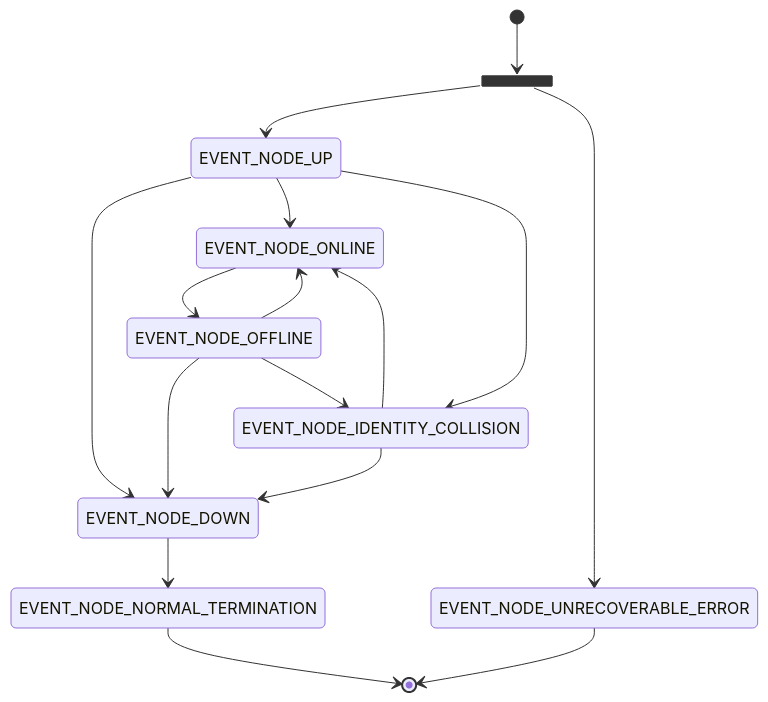
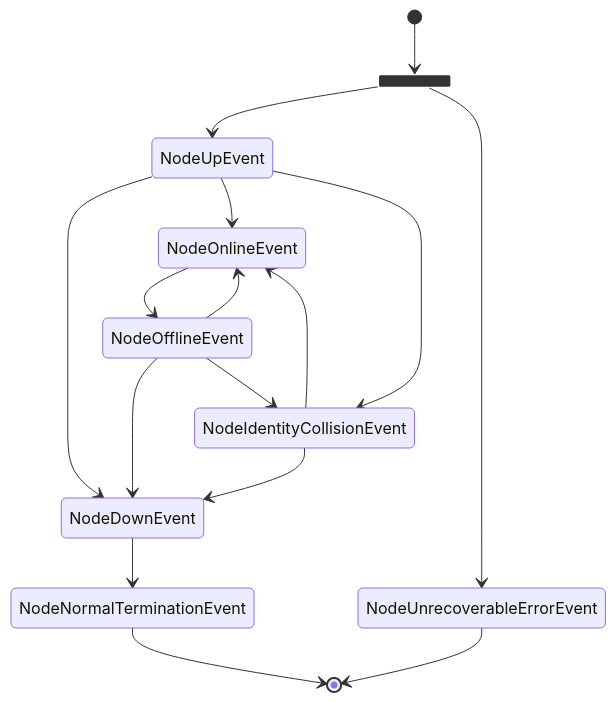
One commit to drasyl/drasyl changed the diagram in doc/start/README.md. Above: the diagram before and after it, drawn with Mermaid. The commit also changed other lines of this file and 31 other files, not shown here.

````diff
--- a/doc/start/README.md
+++ b/doc/start/README.md
@@ -63,19 +63,19 @@
 ```mermaid
 stateDiagram
   state started <<fork>>
 	[*] --> started
-	started --> EVENT_NODE_UP
-	EVENT_NODE_UP --> EVENT_NODE_DOWN
-	EVENT_NODE_UP --> EVENT_NODE_ONLINE
-	EVENT_NODE_ONLINE --> EVENT_NODE_OFFLINE
-	EVENT_NODE_OFFLINE --> EVENT_NODE_ONLINE
-	EVENT_NODE_OFFLINE --> EVENT_NODE_DOWN
-	EVENT_NODE_OFFLINE --> EVENT_NODE_IDENTITY_COLLISION
-	EVENT_NODE_UP --> EVENT_NODE_IDENTITY_COLLISION
-	EVENT_NODE_IDENTITY_COLLISION --> EVENT_NODE_ONLINE
-	EVENT_NODE_IDENTITY_COLLISION --> EVENT_NODE_DOWN
-	EVENT_NODE_DOWN --> EVENT_NODE_NORMAL_TERMINATION
-	EVENT_NODE_NORMAL_TERMINATION --> [*]
-	started --> EVENT_NODE_UNRECOVERABLE_ERROR
-	EVENT_NODE_UNRECOVERABLE_ERROR --> [*]
+	started --> NodeUpEvent
+	NodeUpEvent --> NodeDownEvent
+	NodeUpEvent --> NodeOnlineEvent
+	NodeOnlineEvent --> NodeOfflineEvent
+	NodeOfflineEvent --> NodeOnlineEvent
+	NodeOfflineEvent --> NodeDownEvent
+	NodeOfflineEvent --> NodeIdentityCollisionEvent
+	NodeUpEvent --> NodeIdentityCollisionEvent
+	NodeIdentityCollisionEvent --> NodeOnlineEvent
+	NodeIdentityCollisionEvent --> NodeDownEvent
+	NodeDownEvent --> NodeNormalTerminationEvent
+	NodeNormalTerminationEvent --> [*]
+	started --> NodeUnrecoverableErrorEvent
+	NodeUnrecoverableErrorEvent --> [*]
 ```
````
